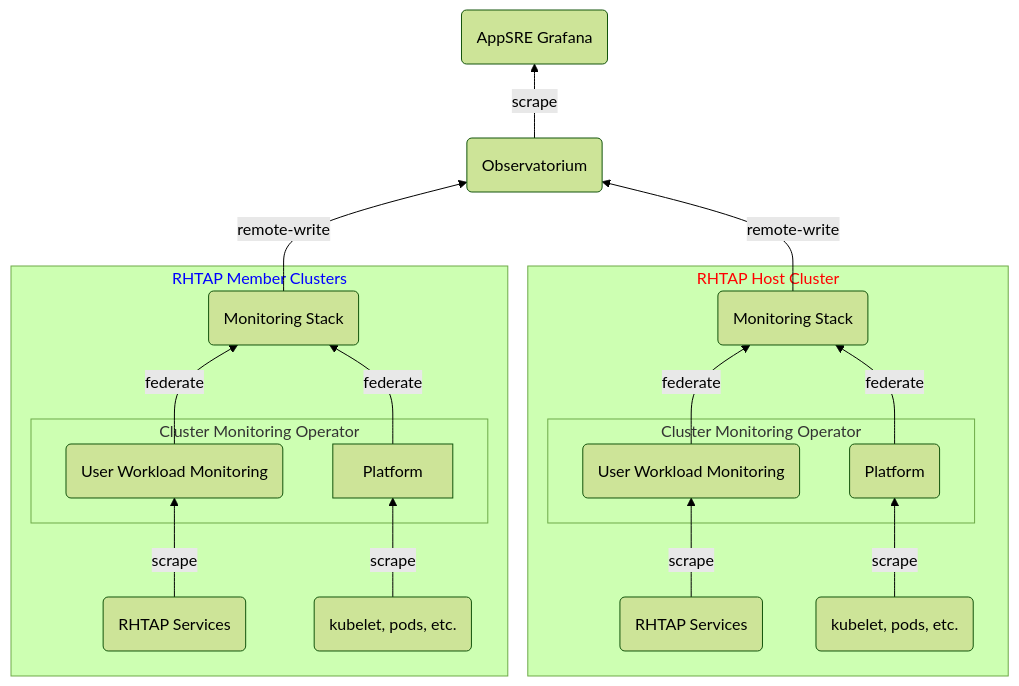
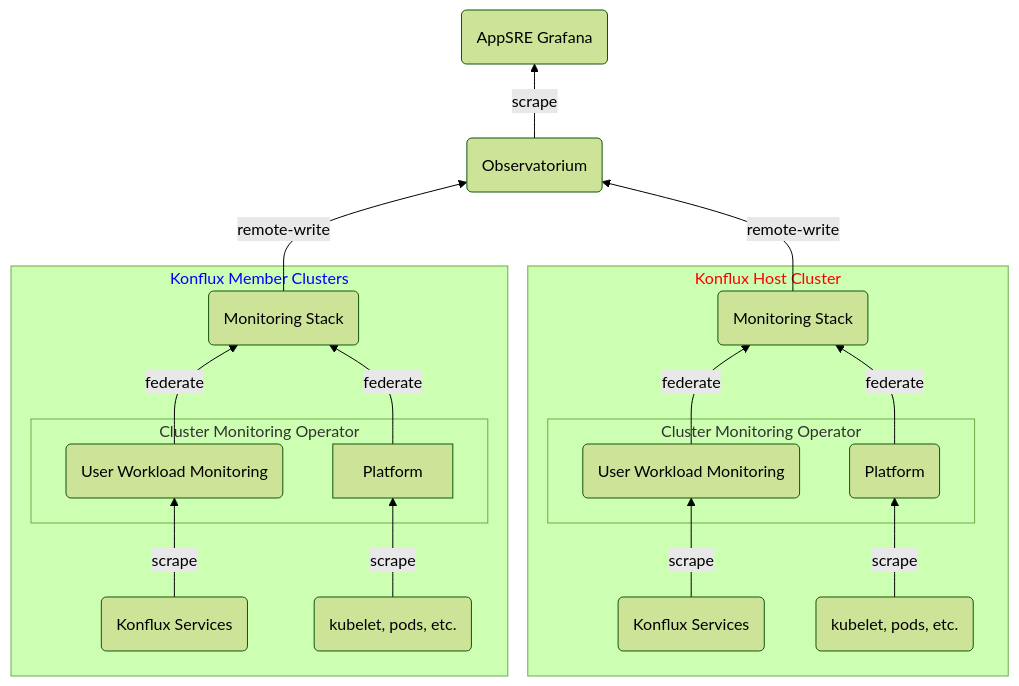
One commit to redhat-appstudio/infra-deployments changed the diagram in components/monitoring/prometheus/README.md. Above: the diagram before and after it, drawn with Mermaid. The commit also changed other lines of this file and 1 other file, not shown here.

````diff
--- a/components/monitoring/prometheus/README.md
+++ b/components/monitoring/prometheus/README.md
@@ -11,40 +11,40 @@
 ```mermaid
 %%{init: {'theme':'forest'}}%%
 flowchart BT
-  services(RHTAP Services) --> |scrape|UWM
+  services(Konflux Services) --> |scrape|UWM
   pods(kubelet, pods, etc.) --> |scrape|Platform
   UWM(User Workload Monitoring) --> |federate| MS(Monitoring Stack)
   Platform --> |federate|MS(Monitoring Stack)
   MS --> |remote-write|rhobs(Observatorium)
 
-  services2(RHTAP Services) --> |scrape|UWM2
+  services2(Konflux Services) --> |scrape|UWM2
   pods2(kubelet, pods, etc.) --> |scrape|Platform2
   UWM2(User Workload Monitoring) --> |federate| MS2(Monitoring Stack)
   Platform2(Platform) --> |federate|MS2(Monitoring Stack)
   MS2 --> |remote-write|rhobs(Observatorium)
 
   rhobs --> |scrape|grafana(AppSRE Grafana)
 
-  subgraph member[RHTAP Member Clusters]
+  subgraph member[Konflux Member Clusters]
     services
     pods
     subgraph "cmo member"[Cluster Monitoring Operator]
       UWM
       Platform
     end
     MS
   end
 
-  subgraph host["RHTAP Host Cluster"]
+  subgraph host["Konflux Host Cluster"]
     services2
     pods2
     subgraph "cmo host"[Cluster Monitoring Operator]
       UWM2
       Platform2
     end
     MS2
   end
 
   style member color:blue
   style host color:red
 ```
````
